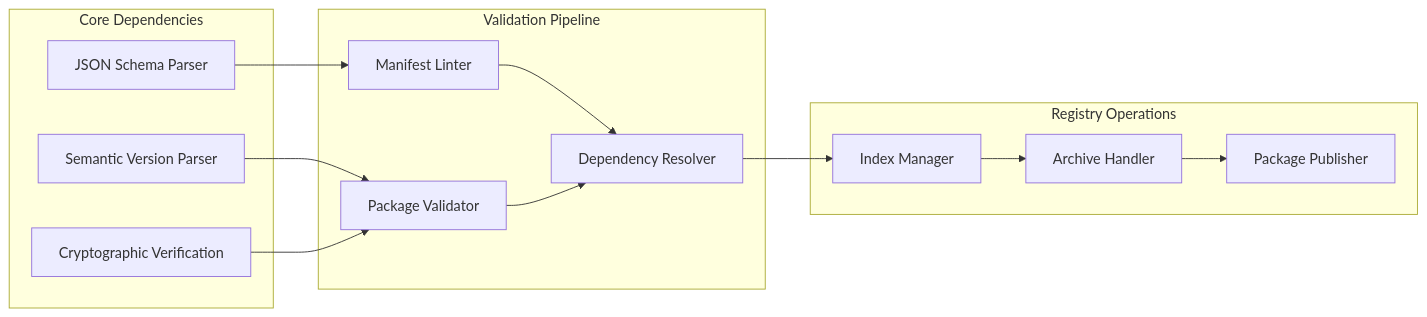
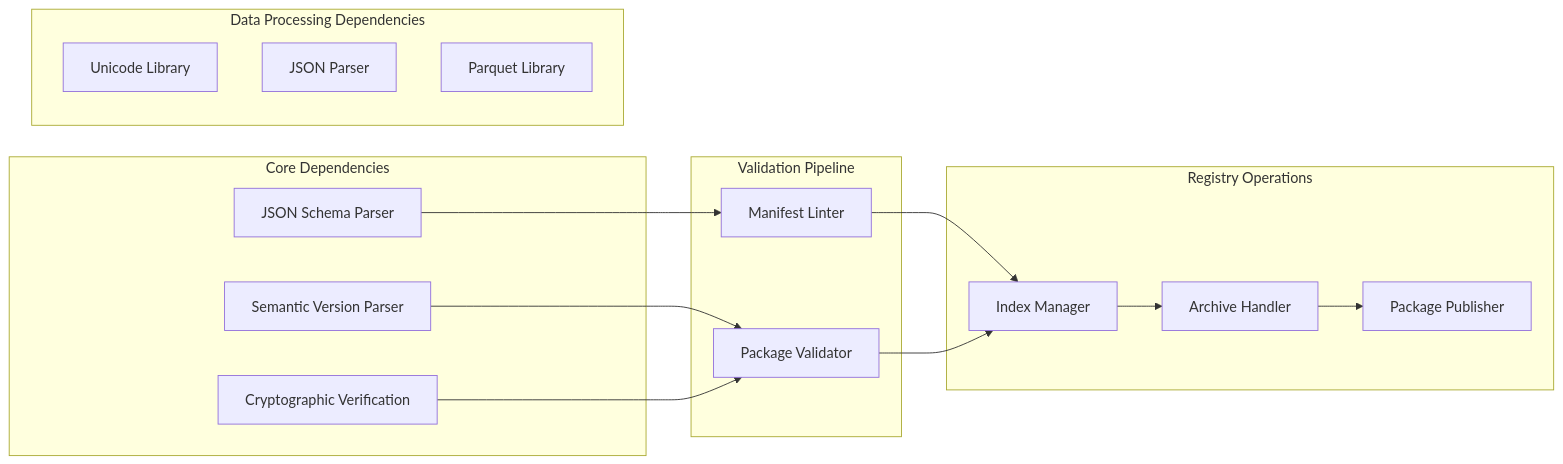
Before and after one commit to tonythethompson/numan-registry: the fourth of 4 diagrams in .qoder/repowiki/en/content/Package Development Guide/Manifest Format Specification.md, drawn with Mermaid. The commit also changed other lines of this file and 21 other files, not shown here.

````diff
--- a/.qoder/repowiki/en/content/Package Development Guide/Manifest Format Specification.md
+++ b/.qoder/repowiki/en/content/Package Development Guide/Manifest Format Specification.md
@@ -208,26 +244,29 @@
 ```mermaid
 graph LR
 subgraph "Core Dependencies"
 JSONSchema["JSON Schema Parser"]
 SemVer["Semantic Version Parser"]
 Crypto["Cryptographic Verification"]
 end
+subgraph "Data Processing Dependencies"
+UnicodeLib["Unicode Library"]
+JSONParser["JSON Parser"]
+ParquetLib["Parquet Library"]
+end
 subgraph "Validation Pipeline"
 Linter["Manifest Linter"]
 Validator["Package Validator"]
-Resolver["Dependency Resolver"]
 end
 subgraph "Registry Operations"
 IndexManager["Index Manager"]
 Archiver["Archive Handler"]
 Publisher["Package Publisher"]
 end
 JSONSchema --> Linter
 SemVer --> Validator
 Crypto --> Validator
-Linter --> Resolver
-Validator --> Resolver
-Resolver --> IndexManager
+Linter --> IndexManager
+Validator --> IndexManager
 IndexManager --> Archiver
 Archiver --> Publisher
 ```
````
